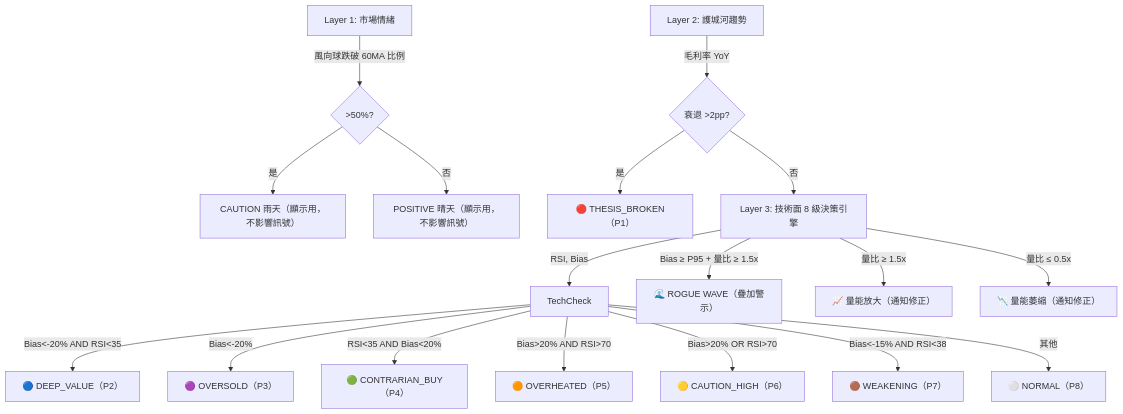
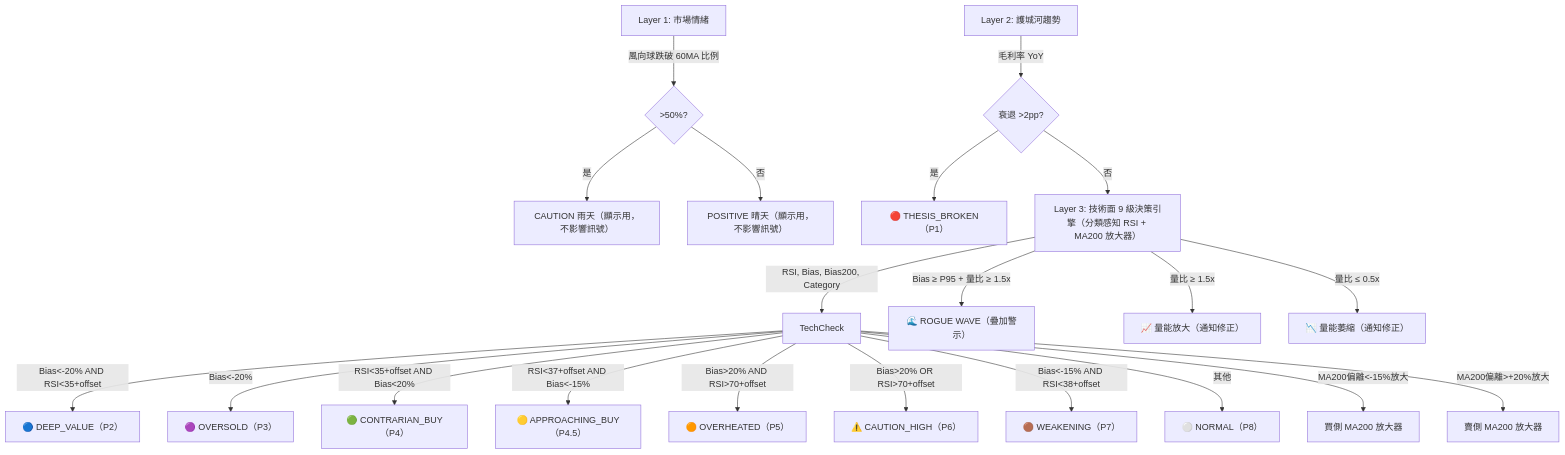
Before and after one commit to azusa152/azusa-stock: the first of 3 diagrams in README.md, drawn with Mermaid. The commit also changed other lines of this file and 21 other files, not shown here.

````diff
--- a/README.md
+++ b/README.md
@@ -96,23 +96,26 @@
 ```mermaid
 flowchart TD
     L1["Layer 1: 市場情緒"] -->|"風向球跌破 60MA 比例"| Decision{">50%?"}
     Decision -->|"是"| CAUTION["CAUTION 雨天（顯示用，不影響訊號）"]
     Decision -->|"否"| POSITIVE["POSITIVE 晴天（顯示用，不影響訊號）"]
 
     L2["Layer 2: 護城河趨勢"] -->|"毛利率 YoY"| MoatCheck{"衰退 >2pp?"}
     MoatCheck -->|"是"| BROKEN["🔴 THESIS_BROKEN（P1）"]
     MoatCheck -->|"否"| L3
 
-    L3["Layer 3: 技術面 8 級決策引擎"] -->|"RSI, Bias"| TechCheck
-    TechCheck -->|"Bias<-20% AND RSI<35"| DV["🔵 DEEP_VALUE（P2）"]
+    L3["Layer 3: 技術面 9 級決策引擎（分類感知 RSI + MA200 放大器）"] -->|"RSI, Bias, Bias200, Category"| TechCheck
+    TechCheck -->|"Bias<-20% AND RSI<35+offset"| DV["🔵 DEEP_VALUE（P2）"]
     TechCheck -->|"Bias<-20%"| OS["🟣 OVERSOLD（P3）"]
-    TechCheck -->|"RSI<35 AND Bias<20%"| BUY["🟢 CONTRARIAN_BUY（P4）"]
-    TechCheck -->|"Bias>20% AND RSI>70"| HOT["🟠 OVERHEATED（P5）"]
-    TechCheck -->|"Bias>20% OR RSI>70"| CH["🟡 CAUTION_HIGH（P6）"]
-    TechCheck -->|"Bias<-15% AND RSI<38"| WK["🟤 WEAKENING（P7）"]
+    TechCheck -->|"RSI<35+offset AND Bias<20%"| BUY["🟢 CONTRARIAN_BUY（P4）"]
+    TechCheck -->|"RSI<37+offset AND Bias<-15%"| AB["🟡 APPROACHING_BUY（P4.5）"]
+    TechCheck -->|"Bias>20% AND RSI>70+offset"| HOT["🟠 OVERHEATED（P5）"]
+    TechCheck -->|"Bias>20% OR RSI>70+offset"| CH["⚠️ CAUTION_HIGH（P6）"]
+    TechCheck -->|"Bias<-15% AND RSI<38+offset"| WK["🟤 WEAKENING（P7）"]
     TechCheck -->|"其他"| NORMAL["⚪ NORMAL（P8）"]
+    TechCheck -->|"MA200偏離<-15%放大"| MA200B["買側 MA200 放大器"]
+    TechCheck -->|"MA200偏離>+20%放大"| MA200S["賣側 MA200 放大器"]
 
     L3 -->|"Bias ≥ P95 + 量比 ≥ 1.5x"| ROGUE["🌊 ROGUE WAVE（疊加警示）"]
     L3 -->|"量比 ≥ 1.5x"| VS["📈 量能放大（通知修正）"]
     L3 -->|"量比 ≤ 0.5x"| VT["📉 量能萎縮（通知修正）"]
 ```
````
